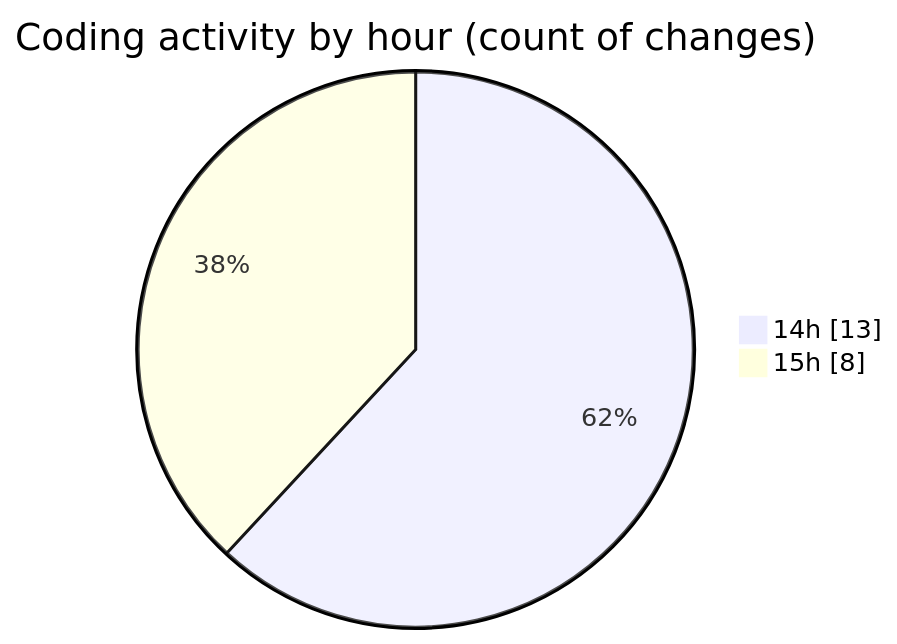
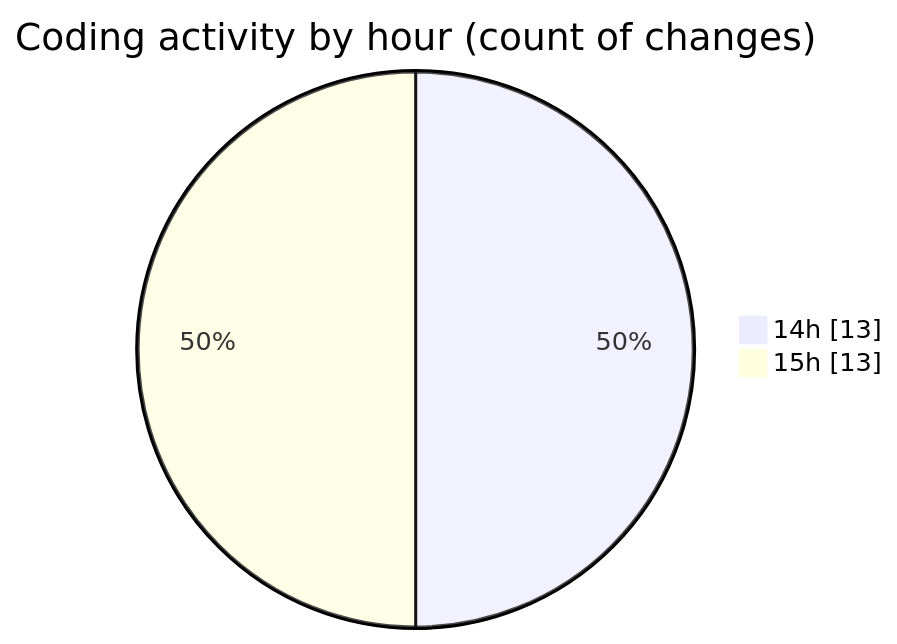
One commit to Ritupan-Deka/code-tracking changed the second of 2 diagrams in 2025-06-23/scopecraft/README.md. Above: the diagram before and after it, drawn with Mermaid. The commit also changed other lines of this file and 1 other file, not shown here.

````diff
--- a/2025-06-23/scopecraft/README.md
+++ b/2025-06-23/scopecraft/README.md
@@ -40,6 +42,6 @@
 ```mermaid
 pie showData
 title Coding activity by hour (count of changes)
 "14h" : 13
-"15h" : 8
+"15h" : 13
 ```
````
